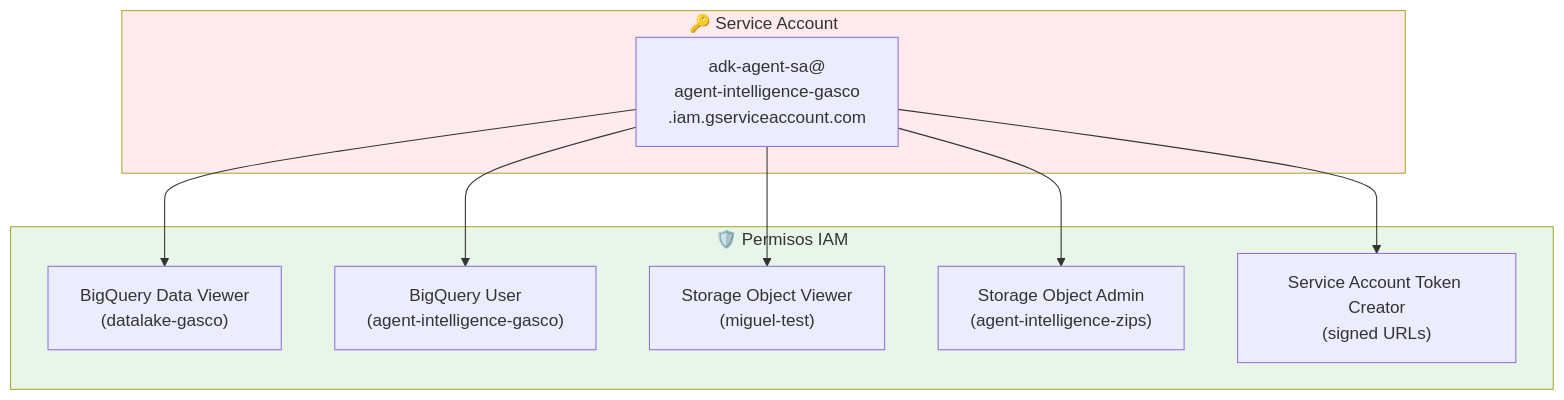
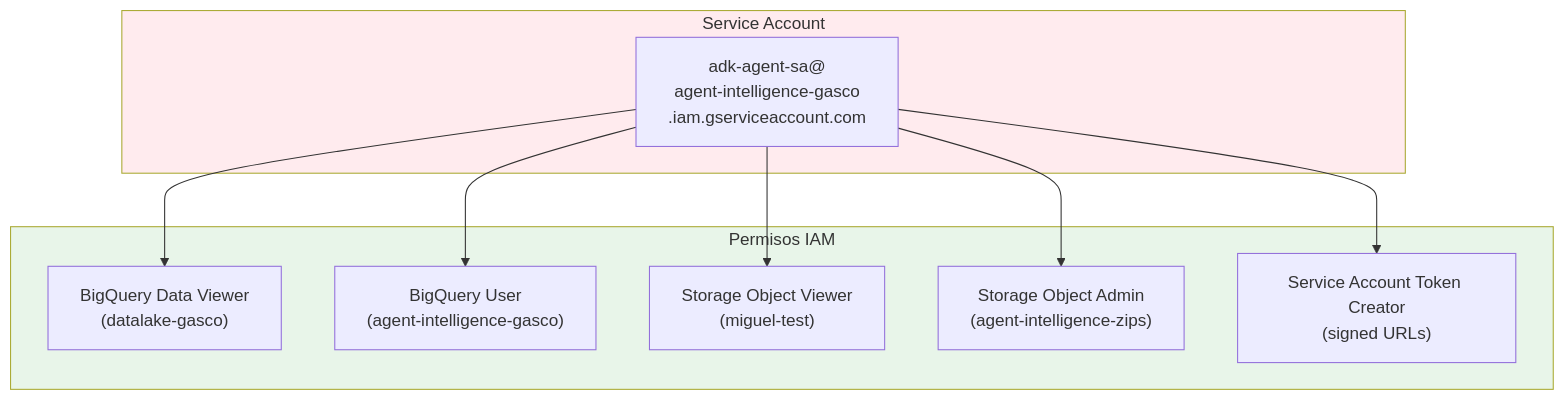
Before and after one commit to miguelp7200/agente: the seventh of 16 diagrams in docs/official/architecture/20_SYSTEM_ARCHITECTURE.md, drawn with Mermaid. The commit also changed other lines of this file and 12 other files, not shown here.

````diff
--- a/docs/official/architecture/20_SYSTEM_ARCHITECTURE.md
+++ b/docs/official/architecture/20_SYSTEM_ARCHITECTURE.md
@@ -385,23 +385,23 @@
 ```mermaid
 graph TB
-    subgraph SA["🔑 Service Account"]
+    subgraph SA["Service Account"]
         Agent["adk-agent-sa@<br/>agent-intelligence-gasco<br/>.iam.gserviceaccount.com"]
     end
     
-    subgraph Permissions["🛡️ Permisos IAM"]
+    subgraph Permissions["Permisos IAM"]
         P1["BigQuery Data Viewer<br/>(datalake-gasco)"]
         P2["BigQuery User<br/>(agent-intelligence-gasco)"]
         P3["Storage Object Viewer<br/>(miguel-test)"]
         P4["Storage Object Admin<br/>(agent-intelligence-zips)"]
         P5["Service Account Token Creator<br/>(signed URLs)"]
     end
     
     Agent --> P1
     Agent --> P2
     Agent --> P3
     Agent --> P4
     Agent --> P5
     
     style SA fill:#ffebee
     style Permissions fill:#e8f5e9
 ```
````
